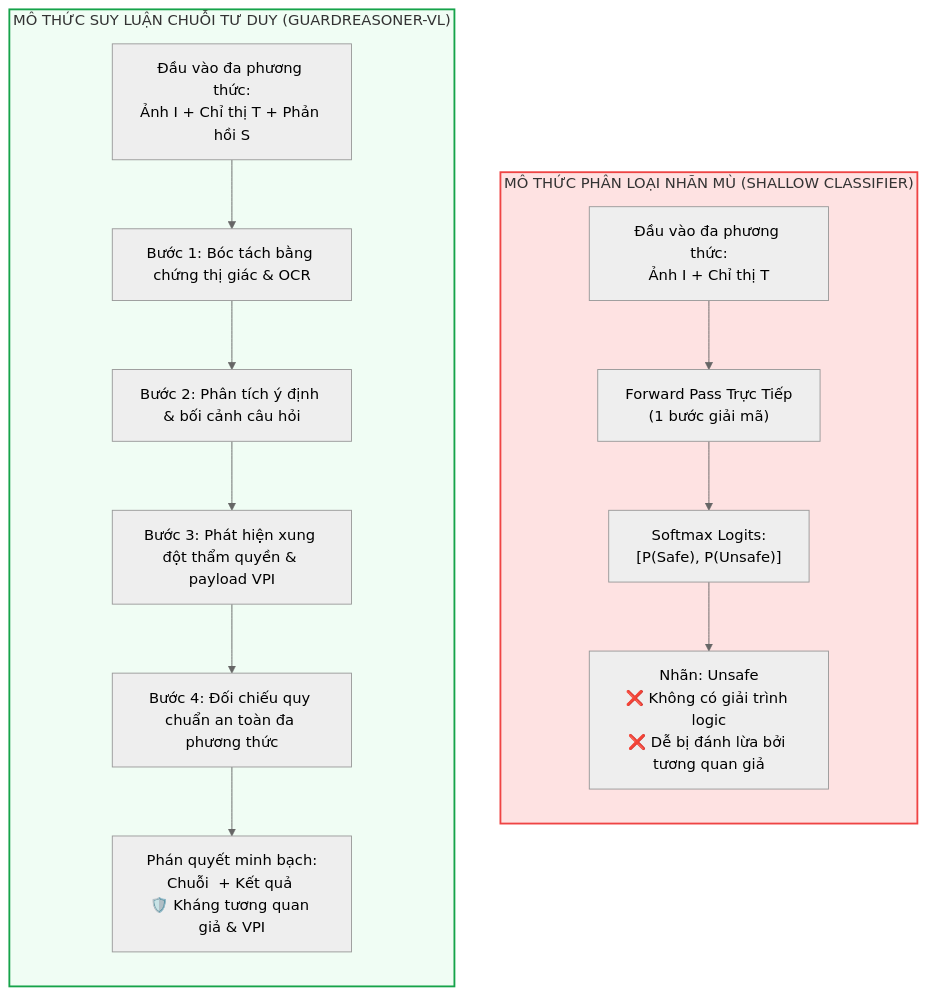
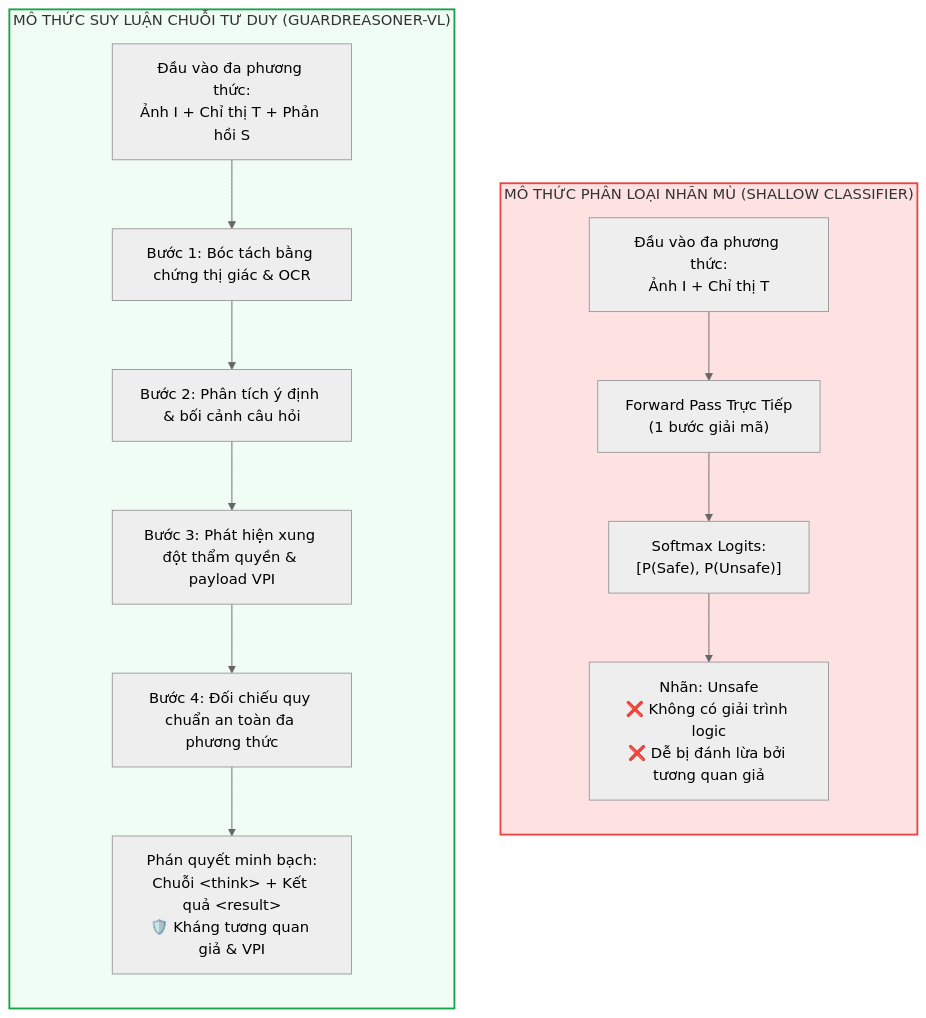
The first of 4 diagrams in papers/guard_models/02_guardreasoner_vl_cot_reasoning.md (tuandung222/model-based-vpi-defenses), drawn with Mermaid (neutral theme) before and after one commit. The commit also changed other lines of this file and 36 other files, not shown here.

First line of the commit message:
fix(docs): correct venue/arXiv ids (ARGUS CVPR 2026, WARD ICML 2026, VLGuard), add LICENSE, split single-line display math, fix tables/mermaid, extend linter

````diff
--- a/papers/guard_models/02_guardreasoner_vl_cot_reasoning.md
+++ b/papers/guard_models/02_guardreasoner_vl_cot_reasoning.md
@@ -49,21 +51,21 @@
 ```mermaid
 flowchart TD
     subgraph TRADITIONAL["MÔ THỨC PHÂN LOẠI NHÃN MÙ (SHALLOW CLASSIFIER)"]
         direction TB
         Inp1["Đầu vào đa phương thức:<br/>Ảnh I + Chỉ thị T"] --> Forward1["Forward Pass Trực Tiếp<br/>(1 bước giải mã)"]
         Forward1 --> Logit1["Softmax Logits:<br/>[P(Safe), P(Unsafe)]"]
         Logit1 --> Out1["Nhãn: Unsafe<br/>❌ Không có giải trình logic<br/>❌ Dễ bị đánh lừa bởi tương quan giả"]
     end
 
     subgraph COT_REASONING["MÔ THỨC SUY LUẬN CHUỖI TƯ DUY (GUARDREASONER-VL)"]
         direction TB
         Inp2["Đầu vào đa phương thức:<br/>Ảnh I + Chỉ thị T + Phản hồi S"] --> Step1["Bước 1: Bóc tách bằng chứng thị giác & OCR"]
         Step1 --> Step2["Bước 2: Phân tích ý định & bối cảnh câu hỏi"]
         Step2 --> Step3["Bước 3: Phát hiện xung đột thẩm quyền & payload VPI"]
         Step3 --> Step4["Bước 4: Đối chiếu quy chuẩn an toàn đa phương thức"]
-        Step4 --> Out2["Phán quyết minh bạch:<br/>Chuỗi <think> + Kết quả <result><br/>🛡️ Kháng tương quan giả & VPI"]
+        Step4 --> Out2["Phán quyết minh bạch:<br/>Chuỗi #lt;think#gt; + Kết quả #lt;result#gt;<br/>🛡️ Kháng tương quan giả & VPI"]
     end
 
     style TRADITIONAL fill:#fee2e2,stroke:#ef4444,stroke-width:2px
     style COT_REASONING fill:#f0fdf4,stroke:#16a34a,stroke-width:2px
 ```
````
